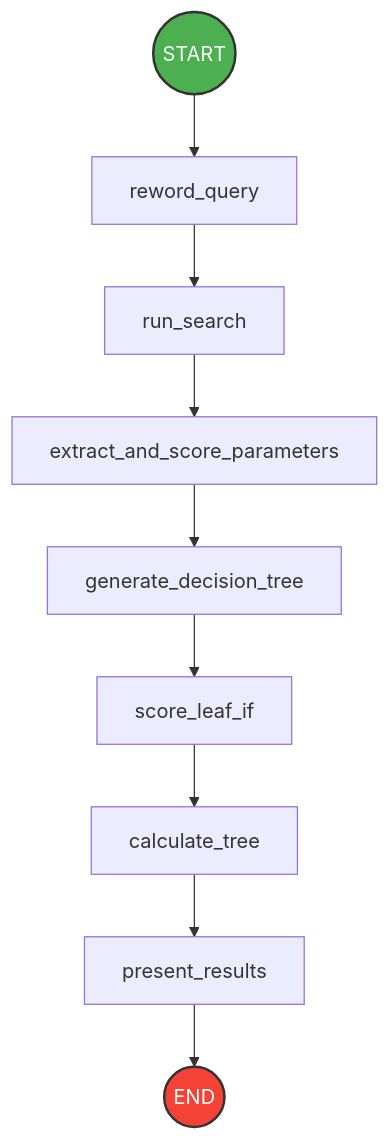
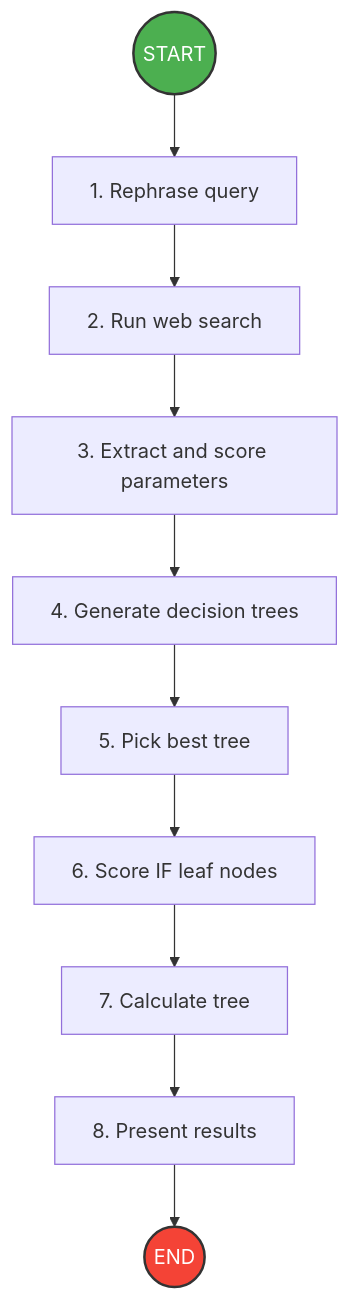
One commit to deltaplanoo/Agentic-Probability-Engine changed the first of 2 diagrams in README.md. Above: the diagram before and after it, drawn with Mermaid.

````diff
--- a/README.md
+++ b/README.md
@@ -5,16 +5,17 @@
 ```mermaid
 graph TD
-    START((START)) --> reword_query
-    present_results --> END((END))
+    START((START)) --> Node1
+    Node8 --> END((END))
 
-    reword_query[reword_query] --> run_search[run_search]
-    run_search --> extract_and_score_parameters[extract_and_score_parameters]
-    extract_and_score_parameters --> generate_decision_tree[generate_decision_tree]
-    generate_decision_tree --> score_leaf_if[score_leaf_if]
-    score_leaf_if --> calculate_tree[calculate_tree]
-    calculate_tree --> present_results[present_results]
+    Node1[1. Rephrase query] --> Node2[2. Run web search]
+    Node2 --> Node3[3. Extract and score parameters]
+    Node3 --> Node4[4. Generate decision trees]
+    Node4 --> Node5[5. Pick best tree]
+    Node5 --> Node6[6. Score IF leaf nodes]
+    Node6 --> Node7[7. Calculate tree]
+    Node7 --> Node8[8. Present results]
 
     %% Styling
     style START fill:#4caf50,stroke:#333,stroke-width:2px,color:#fff
     style END fill:#f44336,stroke:#333,stroke-width:2px,color:#fff
 ```
````
